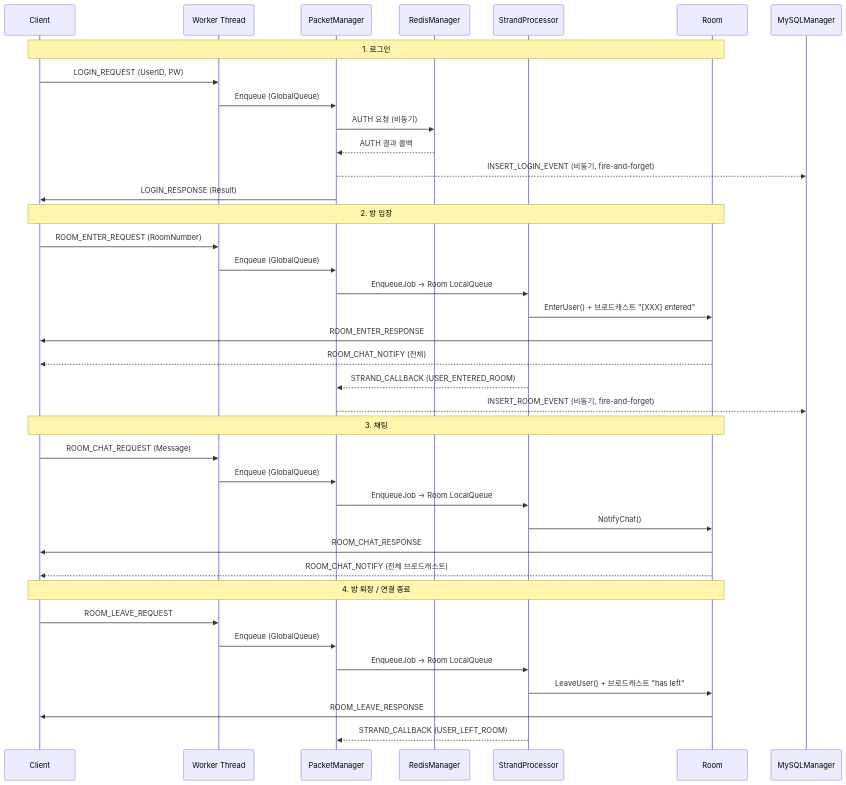
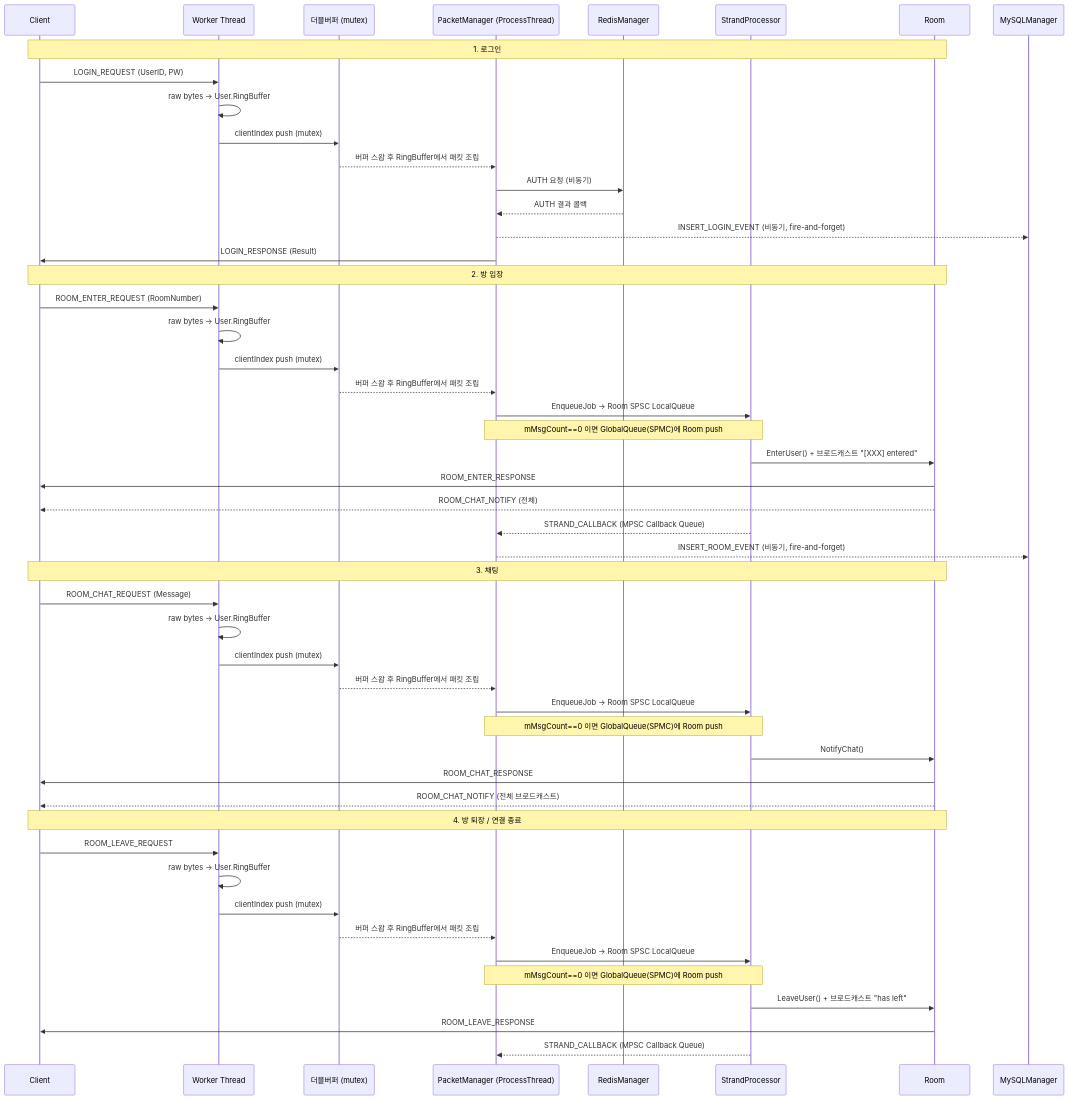
One commit to kanghyoungwoo/IOCP changed the third of 3 diagrams in Docs/구현 상세.md. Above: the diagram before and after it, drawn with Mermaid. The commit also changed other lines of this file and 1 other file, not shown here.

Commit message:
readme 수정

````diff
--- a/Docs/구현 상세.md
+++ b/Docs/구현 상세.md
@@ -273,44 +274,56 @@
 ```mermaid
 sequenceDiagram
     participant C as Client
     participant W as Worker Thread
-    participant PM as PacketManager
+    participant DB as 더블버퍼 (mutex)
+    participant PM as PacketManager (ProcessThread)
     participant Redis as RedisManager
     participant SP as StrandProcessor
     participant R as Room
     participant MySQL as MySQLManager
 
     Note over C,R: 1. 로그인
     C->>W: LOGIN_REQUEST (UserID, PW)
-    W->>PM: Enqueue (GlobalQueue)
+    W->>W: raw bytes → User.RingBuffer
+    W->>DB: clientIndex push (mutex)
+    DB-->>PM: 버퍼 스왑 후 RingBuffer에서 패킷 조립
     PM->>Redis: AUTH 요청 (비동기)
     Redis-->>PM: AUTH 결과 콜백
     PM-->>MySQL: INSERT_LOGIN_EVENT (비동기, fire-and-forget)
     PM->>C: LOGIN_RESPONSE (Result)
 
     Note over C,R: 2. 방 입장
     C->>W: ROOM_ENTER_REQUEST (RoomNumber)
-    W->>PM: Enqueue (GlobalQueue)
-    PM->>SP: EnqueueJob → Room LocalQueue
+    W->>W: raw bytes → User.RingBuffer
+    W->>DB: clientIndex push (mutex)
+    DB-->>PM: 버퍼 스왑 후 RingBuffer에서 패킷 조립
+    PM->>SP: EnqueueJob → Room SPSC LocalQueue
+    Note over PM,SP: mMsgCount==0 이면 GlobalQueue(SPMC)에 Room push
     SP->>R: EnterUser() + 브로드캐스트 "[XXX] entered"
     R->>C: ROOM_ENTER_RESPONSE
     R-->>C: ROOM_CHAT_NOTIFY (전체)
-    SP-->>PM: STRAND_CALLBACK (USER_ENTERED_ROOM)
+    SP-->>PM: STRAND_CALLBACK (MPSC Callback Queue)
     PM-->>MySQL: INSERT_ROOM_EVENT (비동기, fire-and-forget)
 
     Note over C,R: 3. 채팅
     C->>W: ROOM_CHAT_REQUEST (Message)
-    W->>PM: Enqueue (GlobalQueue)
-    PM->>SP: EnqueueJob → Room LocalQueue
+    W->>W: raw bytes → User.RingBuffer
+    W->>DB: clientIndex push (mutex)
+    DB-->>PM: 버퍼 스왑 후 RingBuffer에서 패킷 조립
+    PM->>SP: EnqueueJob → Room SPSC LocalQueue
+    Note over PM,SP: mMsgCount==0 이면 GlobalQueue(SPMC)에 Room push
     SP->>R: NotifyChat()
     R->>C: ROOM_CHAT_RESPONSE
     R-->>C: ROOM_CHAT_NOTIFY (전체 브로드캐스트)
 
     Note over C,R: 4. 방 퇴장 / 연결 종료
     C->>W: ROOM_LEAVE_REQUEST
-    W->>PM: Enqueue (GlobalQueue)
-    PM->>SP: EnqueueJob → Room LocalQueue
+    W->>W: raw bytes → User.RingBuffer
+    W->>DB: clientIndex push (mutex)
+    DB-->>PM: 버퍼 스왑 후 RingBuffer에서 패킷 조립
+    PM->>SP: EnqueueJob → Room SPSC LocalQueue
+    Note over PM,SP: mMsgCount==0 이면 GlobalQueue(SPMC)에 Room push
     SP->>R: LeaveUser() + 브로드캐스트 "has left"
     R->>C: ROOM_LEAVE_RESPONSE
-    SP-->>PM: STRAND_CALLBACK (USER_LEFT_ROOM)
+    SP-->>PM: STRAND_CALLBACK (MPSC Callback Queue)
 ```
````
